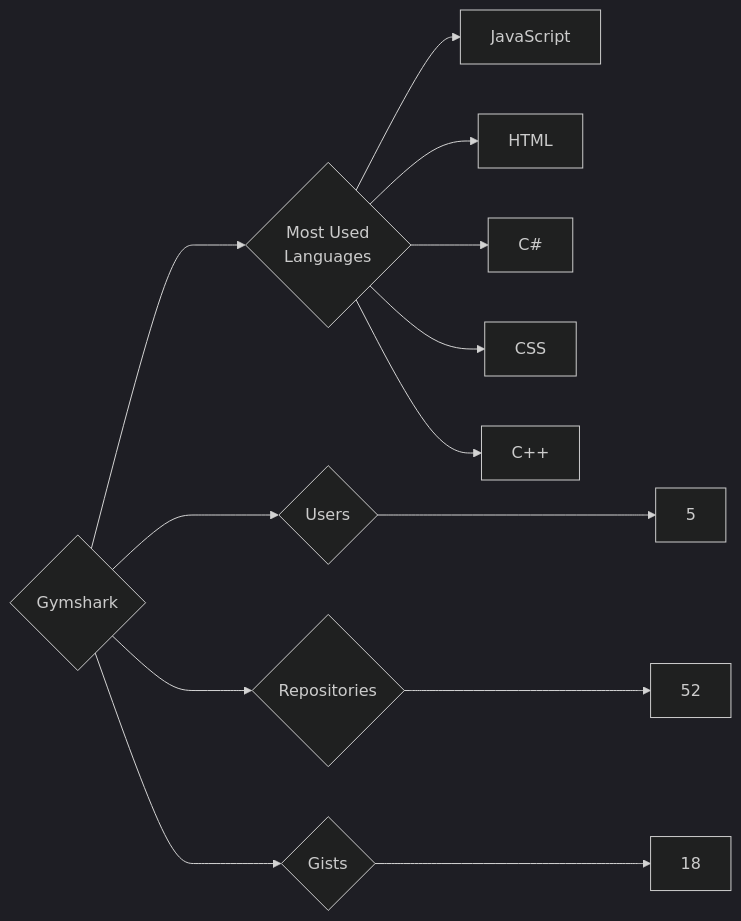
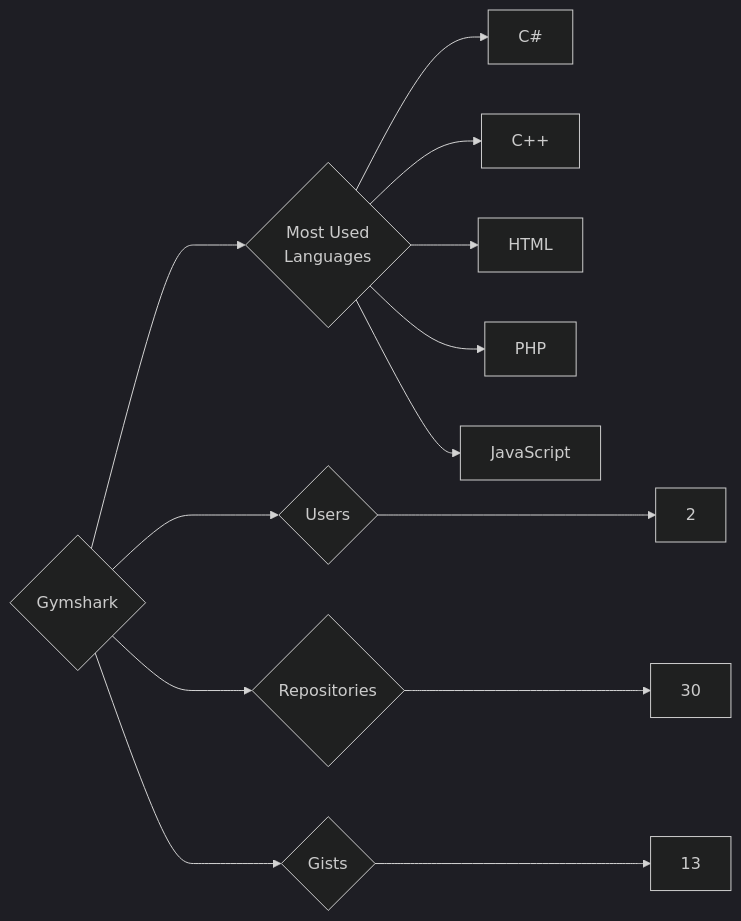
Before and after one commit to trickest/insiders: the diagram in targets/Gymshark/README.md, drawn with Mermaid (dark theme). The commit also changed 934 other files, not shown here.

````diff
--- a/targets/Gymshark/README.md
+++ b/targets/Gymshark/README.md
@@ -3,13 +3,13 @@
 ```mermaid
 graph LR
 COMPANY_NAME{Gymshark}
-COMPANY_NAME ---> U{Users} ---> UN[5]
-COMPANY_NAME ---> R{Repositories} ---> RN[52]
-COMPANY_NAME ---> G{Gists} ---> GN[18]
+COMPANY_NAME ---> U{Users} ---> UN[2]
+COMPANY_NAME ---> R{Repositories} ---> RN[30]
+COMPANY_NAME ---> G{Gists} ---> GN[13]
 COMPANY_NAME ---> ML{Most Used<br>Languages}
+ML --> C#[C#]
+ML --> C++[C++]
+ML --> HTML[HTML]
+ML --> PHP[PHP]
 ML --> JavaScript[JavaScript]
-ML --> HTML[HTML]
-ML --> C#[C#]
-ML --> CSS[CSS]
-ML --> C++[C++]
 ```
````
